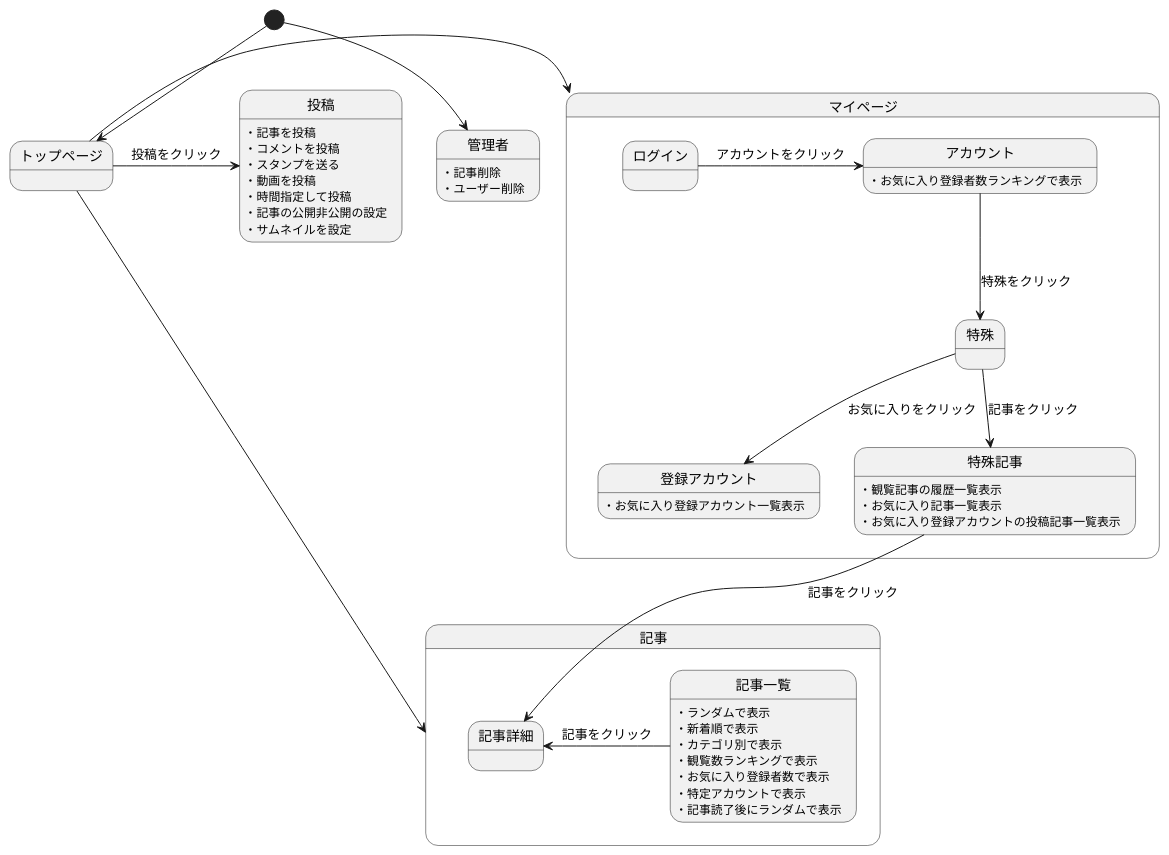
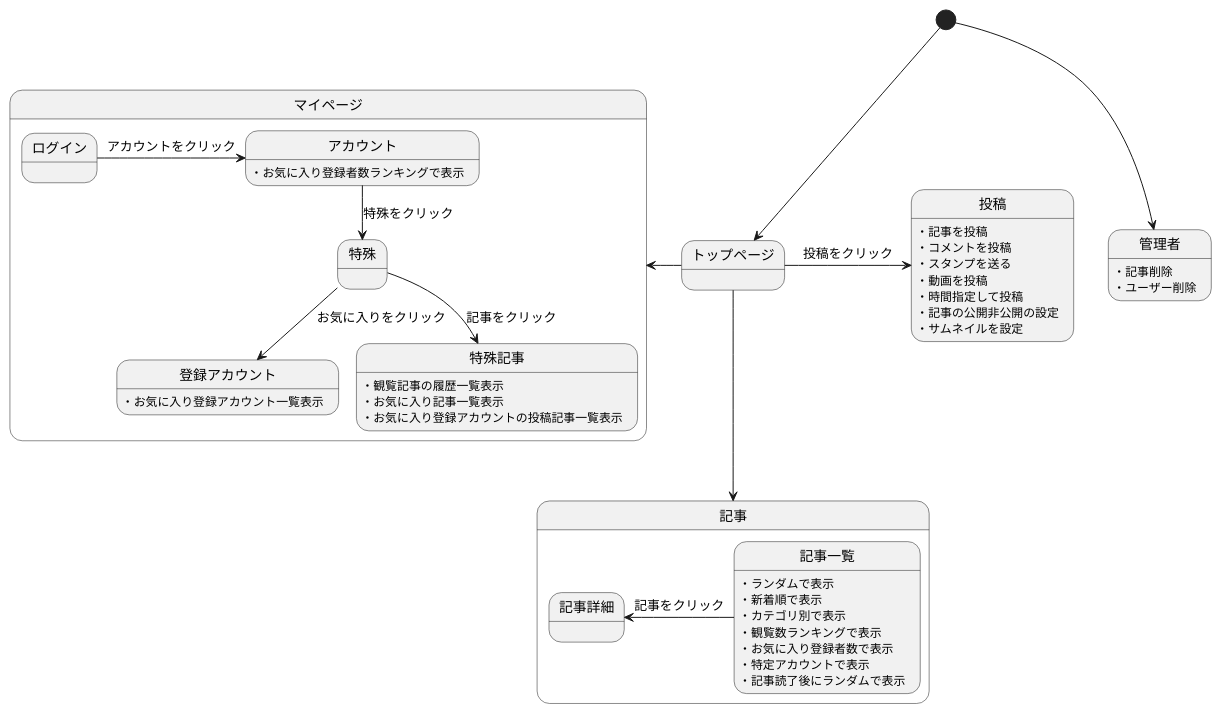
Before and after one commit to Aso2001001/2022System: the diagram in 後期画面遷移.md, drawn with PlantUML.

````diff
--- a/後期画面遷移.md
+++ b/後期画面遷移.md
@@ -1,55 +1,55 @@
 ```uml
 @startuml
 [*] --> トップページ
 
 state 記事{
 記事一覧 -left-> 記事詳細 : 記事をクリック
 
 
 記事一覧:・ランダムで表示
 記事一覧:・新着順で表示
 記事一覧:・カテゴリ別で表示
 記事一覧:・観覧数ランキングで表示
 記事一覧:・お気に入り登録者数で表示
 記事一覧:・特定アカウントで表示
 記事一覧:・記事読了後にランダムで表示
 
 }
 
 state マイページ{
 ログイン -> アカウント : アカウントをクリック
 アカウント -down-> 特殊 : 特殊をクリック
 特殊 -down-> 登録アカウント :お気に入りをクリック
 特殊 -down-> 特殊記事 :記事をクリック
-特殊記事 -down-> 記事詳細 :記事をクリック
+
 
 アカウント:・お気に入り登録者数ランキングで表示
 
 特殊記事:・観覧記事の履歴一覧表示
 特殊記事:・お気に入り記事一覧表示
 登録アカウント:・お気に入り登録アカウント一覧表示
 特殊記事:・お気に入り登録アカウントの投稿記事一覧表示
 
 }
 
 
 トップページ -down-> 記事
 トップページ -left-> マイページ
 トップページ -> 投稿 : 投稿をクリック
 投稿:・記事を投稿
 投稿:・コメントを投稿
 投稿:・スタンプを送る
 投稿:・動画を投稿
 投稿:・時間指定して投稿
 投稿:・記事の公開非公開の設定
 投稿:・サムネイルを設定
 
 
 
 [*] --> 管理者
 管理者:・記事削除
 管理者:・ユーザー削除
 
 
 @enduml
 ```
````
